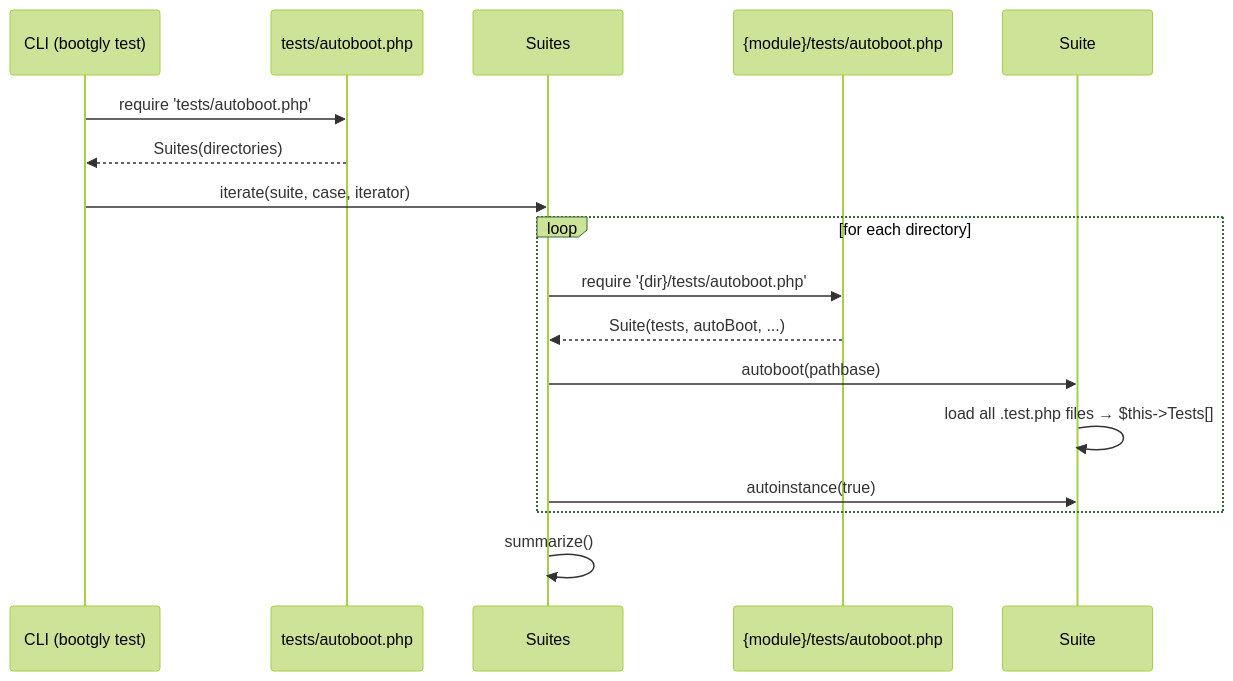
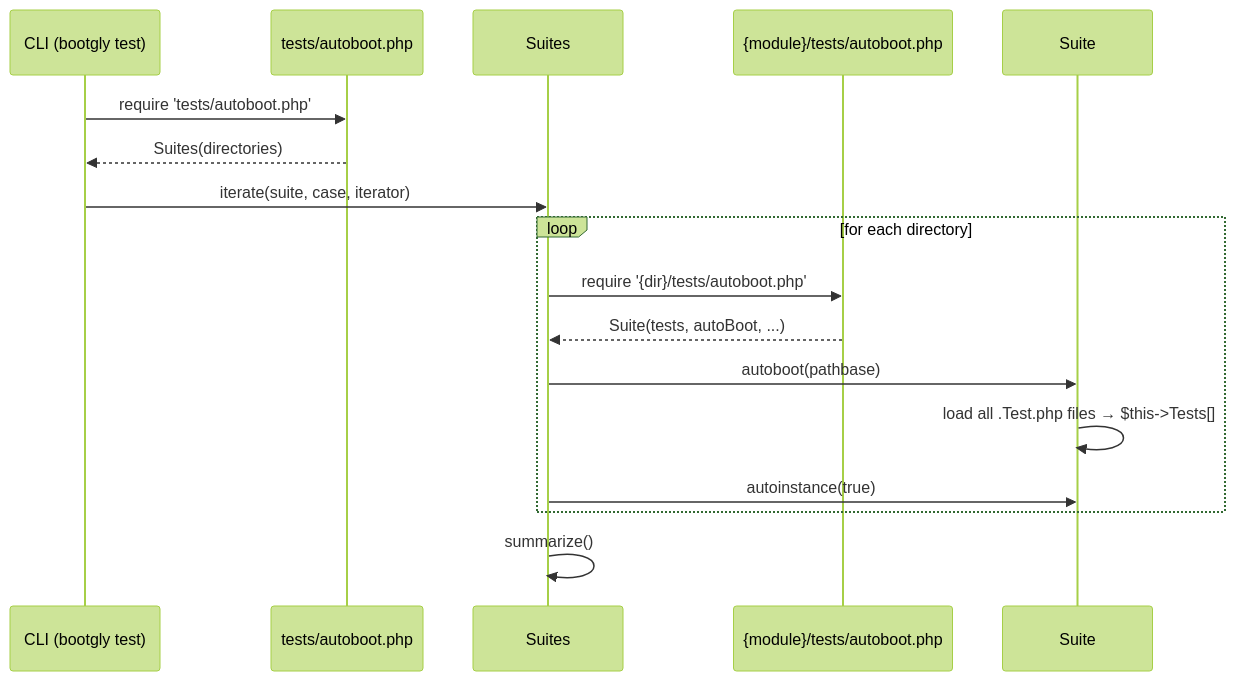
One commit to bootgly/bootgly changed the second of 6 diagrams in Bootgly/ACI/Tests/ARCHITECTURE.md. Above: the diagram before and after it, drawn with Mermaid (forest theme). The commit also changed other lines of this file and 2949 other files, not shown here.

````diff
--- a/Bootgly/ACI/Tests/ARCHITECTURE.md
+++ b/Bootgly/ACI/Tests/ARCHITECTURE.md
@@ -498,22 +497,22 @@
 ```mermaid
 sequenceDiagram
     participant CLI as CLI (bootgly test)
     participant Root as tests/autoboot.php
     participant Suites as Suites
     participant SuiteBootstrap as {module}/tests/autoboot.php
     participant Suite as Suite
 
     CLI->>Root: require 'tests/autoboot.php'
     Root-->>CLI: Suites(directories)
     CLI->>Suites: iterate(suite, case, iterator)
 
     loop for each directory
         Suites->>SuiteBootstrap: require '{dir}/tests/autoboot.php'
         SuiteBootstrap-->>Suites: Suite(tests, autoBoot, ...)
         Suites->>Suite: autoboot(pathbase)
-        Suite->>Suite: load all .test.php files → $this->Tests[]
+        Suite->>Suite: load all .Test.php files → $this->Tests[]
         Suites->>Suite: autoinstance(true)
     end
 
     Suites->>Suites: summarize()
 ```
````
